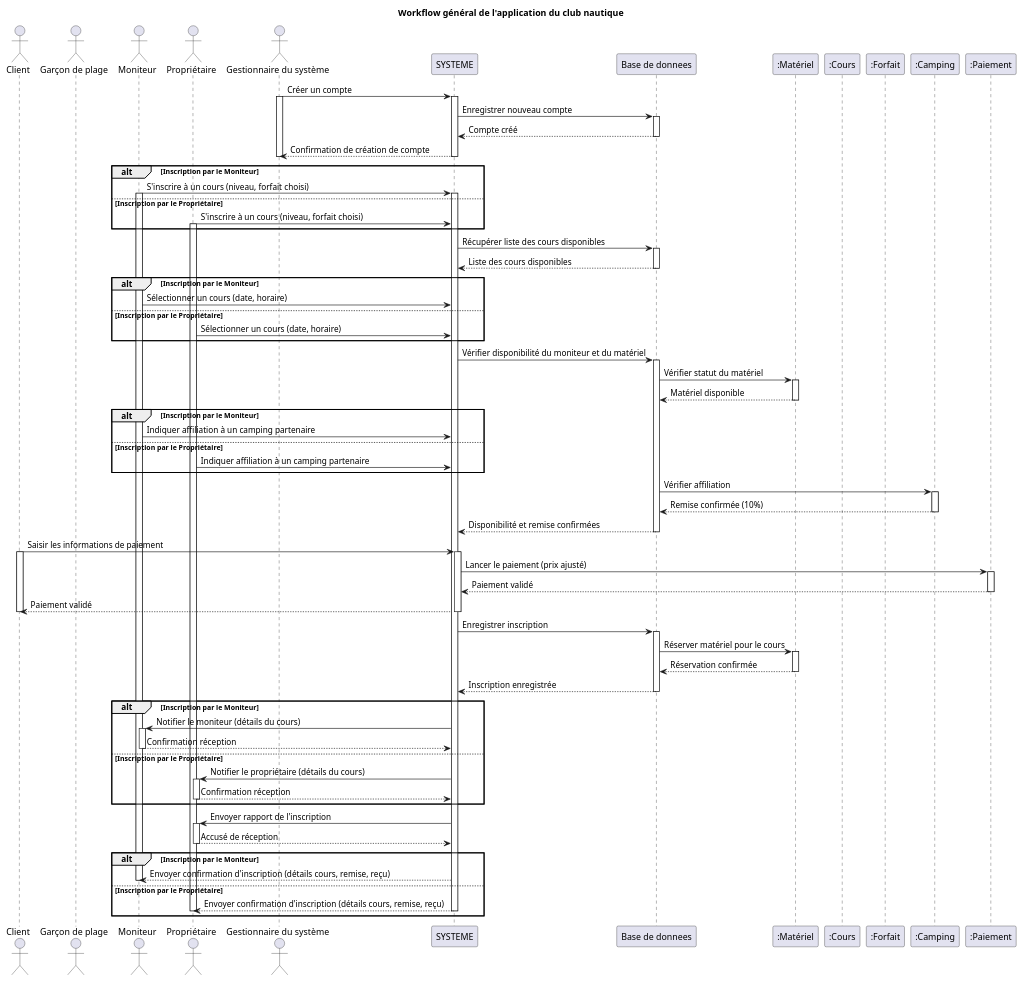
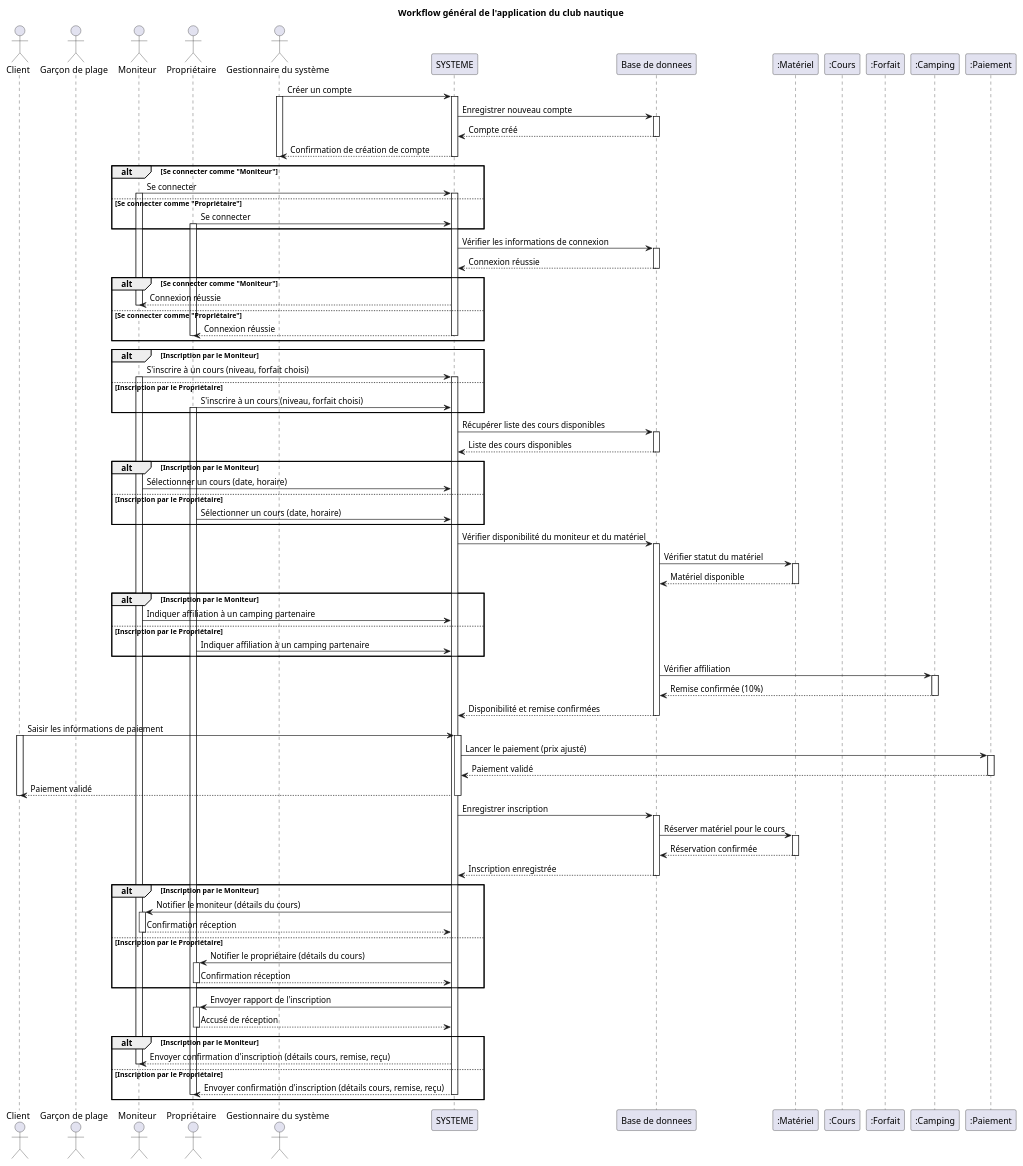
One commit to Hugo-COLLIN/MIAGE_CSI_NauticalClub changed the diagram in docs/1-analysis/sequenceDiagrams/workflowSequenceDiagram.puml. Above: the diagram before and after it, drawn with PlantUML.

```diff
--- a/docs/1-analysis/sequenceDiagrams/workflowSequenceDiagram.puml
+++ b/docs/1-analysis/sequenceDiagrams/workflowSequenceDiagram.puml
@@ -1,116 +1,139 @@
 @startuml
 actor Client as C
 actor "Garçon de plage" as G
 actor "Moniteur" as M
 actor "Propriétaire" as P
 actor "Gestionnaire du système" as A
 participant "SYSTEME" as App
 participant "Base de donnees" as DB
 participant ":Matériel" as Mat
 participant ":Cours" as Cour
 participant ":Forfait" as Forf
 participant ":Camping" as Camp
 participant ":Paiement" as Pay
 
 title Workflow général de l'application du club nautique
 
 A -> App : Créer un compte
 activate A
 activate App
 App -> DB : Enregistrer nouveau compte
 activate DB
 DB --> App : Compte créé
 deactivate DB
 App --> A : Confirmation de création de compte
 deactivate App
 deactivate A
+
+alt Se connecter comme "Moniteur"
+    M -> App : Se connecter
+    activate M
+    activate App
+else Se connecter comme "Propriétaire"
+    P -> App : Se connecter
+    activate P
+end
+
+App -> DB : Vérifier les informations de connexion
+    activate DB
+    DB --> App : Connexion réussie
+    deactivate DB
+
+alt Se connecter comme "Moniteur"
+    App --> M : Connexion réussie
+    deactivate M
+else Se connecter comme "Propriétaire"
+    App --> P : Connexion réussie
+    deactivate P
+    deactivate App
+end
 
 alt Inscription par le Moniteur
     M -> App : S'inscrire à un cours (niveau, forfait choisi)
     activate M
     activate App
 else Inscription par le Propriétaire
     P -> App : S'inscrire à un cours (niveau, forfait choisi)
     activate P
 end
 
 activate App
 
 App -> DB : Récupérer liste des cours disponibles
 activate DB
 DB --> App : Liste des cours disponibles
 deactivate DB
 
 alt Inscription par le Moniteur
     M -> App : Sélectionner un cours (date, horaire)
 else Inscription par le Propriétaire
     P -> App : Sélectionner un cours (date, horaire)
 end
 
 App -> DB : Vérifier disponibilité du moniteur et du matériel
 activate DB
 DB -> Mat : Vérifier statut du matériel
 activate Mat
 Mat --> DB : Matériel disponible
 deactivate Mat
 
 alt Inscription par le Moniteur
     M -> App : Indiquer affiliation à un camping partenaire
 else Inscription par le Propriétaire
     P -> App : Indiquer affiliation à un camping partenaire
 end
 
 DB -> Camp : Vérifier affiliation
 activate Camp
 Camp --> DB : Remise confirmée (10%)
 deactivate Camp
 
 DB --> App : Disponibilité et remise confirmées
 deactivate DB
 
 C -> App : Saisir les informations de paiement
 activate C
 activate App
 App -> Pay : Lancer le paiement (prix ajusté)
 activate Pay
 Pay --> App : Paiement validé
 deactivate Pay
 App --> C : Paiement validé
 deactivate C
 deactivate App
 
 App -> DB : Enregistrer inscription
 activate DB
 DB -> Mat : Réserver matériel pour le cours
 activate Mat
 Mat --> DB : Réservation confirmée
 deactivate Mat
 DB --> App : Inscription enregistrée
 deactivate DB
 
 alt Inscription par le Moniteur
     App -> M : Notifier le moniteur (détails du cours)
     activate M
     M --> App : Confirmation réception
     deactivate M
 else Inscription par le Propriétaire
     App -> P : Notifier le propriétaire (détails du cours)
     activate P
     P --> App : Confirmation réception
     deactivate P
 end
 
 App -> P : Envoyer rapport de l'inscription
 activate P
 P --> App : Accusé de réception
 deactivate P
 
 alt Inscription par le Moniteur
     App --> M : Envoyer confirmation d'inscription (détails cours, remise, reçu)
     deactivate M
 else Inscription par le Propriétaire
     App --> P : Envoyer confirmation d'inscription (détails cours, remise, reçu)
     deactivate App
     deactivate P
 end
 @enduml
```
